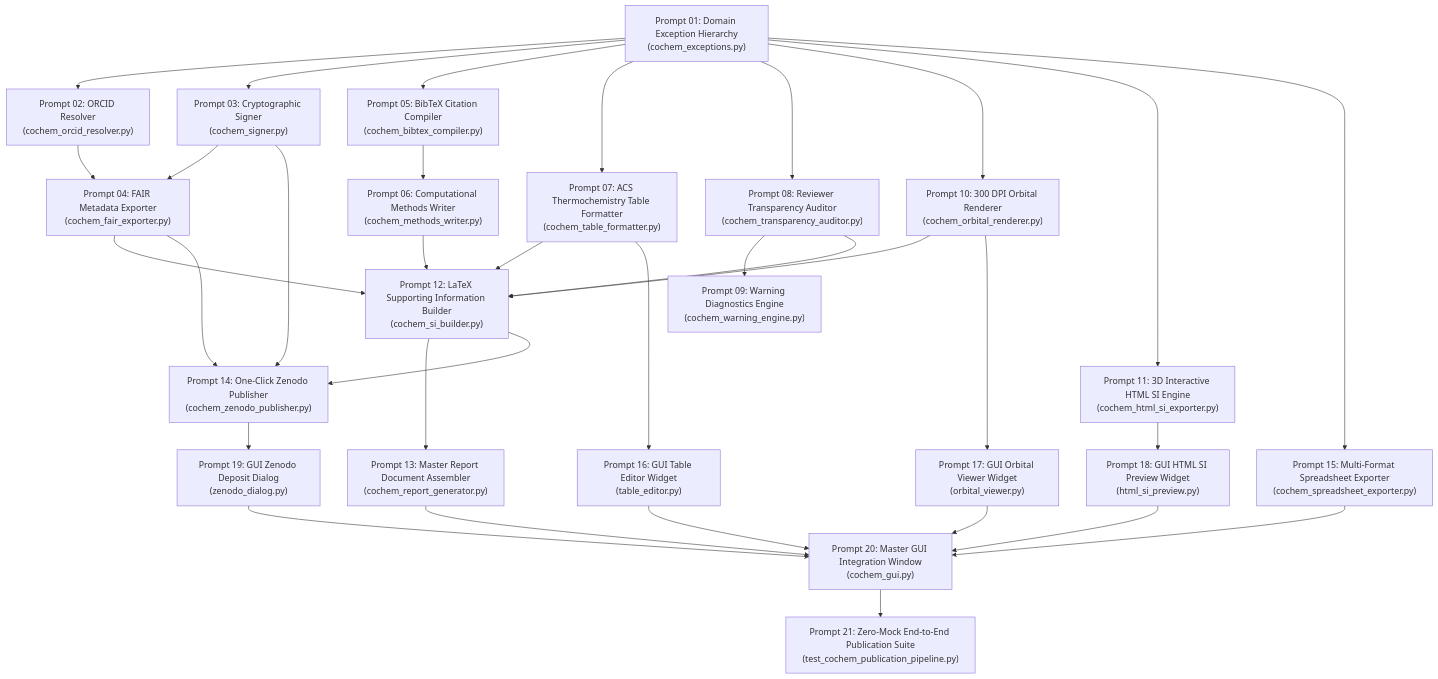
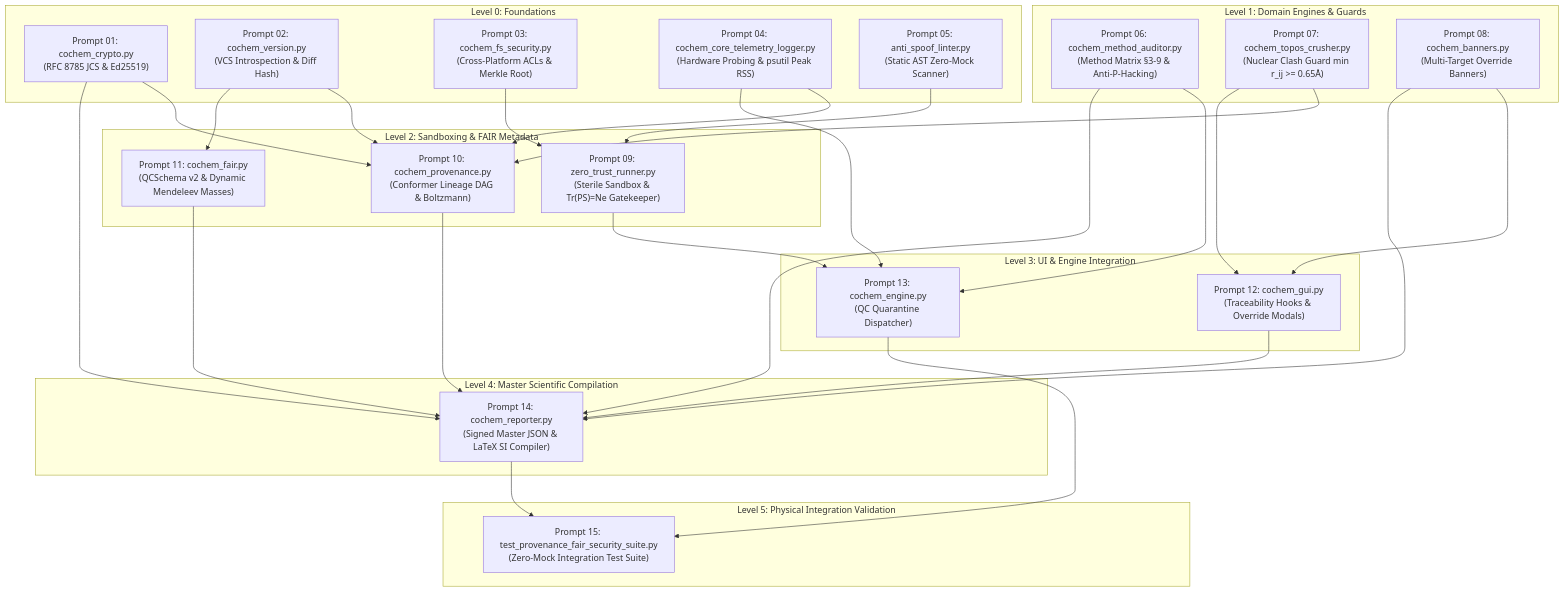
One commit to ProfJJK-CoChem/CoChem-SpycFit changed the second of 2 diagrams in cochem_audit_payload.md. Above: the diagram before and after it, drawn with Mermaid. The commit also changed other lines of this file and 30 other files, not shown here.

````diff
--- a/cochem_audit_payload.md
+++ b/cochem_audit_payload.md
@@ -735,46 +518,50 @@
 ```mermaid
 graph TD
-    P1["Prompt 01: Domain Exception Hierarchy<br>(cochem_exceptions.py)"] --> P2["Prompt 02: ORCID Resolver<br>(cochem_orcid_resolver.py)"]
-    P1 --> P3["Prompt 03: Cryptographic Signer<br>(cochem_signer.py)"]
-    P1 --> P5["Prompt 05: BibTeX Citation Compiler<br>(cochem_bibtex_compiler.py)"]
-    
-    P2 --> P4["Prompt 04: FAIR Metadata Exporter<br>(cochem_fair_exporter.py)"]
-    P3 --> P4
-    
-    P5 --> P6["Prompt 06: Computational Methods Writer<br>(cochem_methods_writer.py)"]
-    
-    P1 --> P7["Prompt 07: ACS Thermochemistry Table Formatter<br>(cochem_table_formatter.py)"]
-    P1 --> P8["Prompt 08: Reviewer Transparency Auditor<br>(cochem_transparency_auditor.py)"]
-    P8 --> P9["Prompt 09: Warning Diagnostics Engine<br>(cochem_warning_engine.py)"]
-    
-    P1 --> P10["Prompt 10: 300 DPI Orbital Renderer<br>(cochem_orbital_renderer.py)"]
-    P1 --> P11["Prompt 11: 3D Interactive HTML SI Engine<br>(cochem_html_si_exporter.py)"]
-    
-    P4 --> P12["Prompt 12: LaTeX Supporting Information Builder<br>(cochem_si_builder.py)"]
-    P6 --> P12
-    P7 --> P12
-    P8 --> P12
-    P10 --> P12
-    
-    P12 --> P13["Prompt 13: Master Report Document Assembler<br>(cochem_report_generator.py)"]
-    
-    P3 --> P14["Prompt 14: One-Click Zenodo Publisher<br>(cochem_zenodo_publisher.py)"]
-    P4 --> P14
+    subgraph Level 0: Foundations
+        P1["Prompt 01: cochem_crypto.py<br/>(RFC 8785 JCS & Ed25519)"]
+        P2["Prompt 02: cochem_version.py<br/>(VCS Introspection & Diff Hash)"]
+        P3["Prompt 03: cochem_fs_security.py<br/>(Cross-Platform ACLs & Merkle Root)"]
+        P4["Prompt 04: cochem_core_telemetry_logger.py<br/>(Hardware Probing & psutil Peak RSS)"]
+        P5["Prompt 05: anti_spoof_linter.py<br/>(Static AST Zero-Mock Scanner)"]
+    end
+
+    subgraph Level 1: Domain Engines & Guards
+        P6["Prompt 06: cochem_method_auditor.py<br/>(Method Matrix §3-9 & Anti-P-Hacking)"]
+        P7["Prompt 07: cochem_topos_crusher.py<br/>(Nuclear Clash Guard min r_ij >= 0.65Å)"]
+        P8["Prompt 08: cochem_banners.py<br/>(Multi-Target Override Banners)"]
+    end
+
+    subgraph Level 2: Sandboxing & FAIR Metadata
+        P9["Prompt 09: zero_trust_runner.py<br/>(Sterile Sandbox & Tr(PS)=Ne Gatekeeper)"]
+        P10["Prompt 10: cochem_provenance.py<br/>(Conformer Lineage DAG & Boltzmann)"]
+        P11["Prompt 11: cochem_fair.py<br/>(QCSchema v2 & Dynamic Mendeleev Masses)"]
+    end
+
+    subgraph Level 3: UI & Engine Integration
+        P12["Prompt 12: cochem_gui.py<br/>(Traceability Hooks & Override Modals)"]
+        P13["Prompt 13: cochem_engine.py<br/>(QC Quarantine Dispatcher)"]
+    end
+
+    subgraph Level 4: Master Scientific Compilation
+        P14["Prompt 14: cochem_reporter.py<br/>(Signed Master JSON & LaTeX SI Compiler)"]
+    end
+
+    subgraph Level 5: Physical Integration Validation
+        P15["Prompt 15: test_provenance_fair_security_suite.py<br/>(Zero-Mock Integration Test Suite)"]
+    end
+
+    P1 --> P10 & P14
+    P2 --> P10 & P11
+    P3 --> P9
+    P4 --> P10 & P13
+    P5 --> P9
+    P6 --> P13 & P14
+    P7 --> P10 & P12
+    P8 --> P12 & P14
+    P9 --> P13
+    P10 --> P14
+    P11 --> P14
     P12 --> P14
-    
-    P1 --> P15["Prompt 15: Multi-Format Spreadsheet Exporter<br>(cochem_spreadsheet_exporter.py)"]
-    
-    P7 --> P16["Prompt 16: GUI Table Editor Widget<br>(table_editor.py)"]
-    P10 --> P17["Prompt 17: GUI Orbital Viewer Widget<br>(orbital_viewer.py)"]
-    P11 --> P18["Prompt 18: GUI HTML SI Preview Widget<br>(html_si_preview.py)"]
-    P14 --> P19["Prompt 19: GUI Zenodo Deposit Dialog<br>(zenodo_dialog.py)"]
-    
-    P13 --> P20["Prompt 20: Master GUI Integration Window<br>(cochem_gui.py)"]
-    P15 --> P20
-    P16 --> P20
-    P17 --> P20
-    P18 --> P20
-    P19 --> P20
-    
-    P20 --> P21["Prompt 21: Zero-Mock End-to-End Publication Suite<br>(test_cochem_publication_pipeline.py)"]
+    P13 --> P15
+    P14 --> P15
 ```
````
